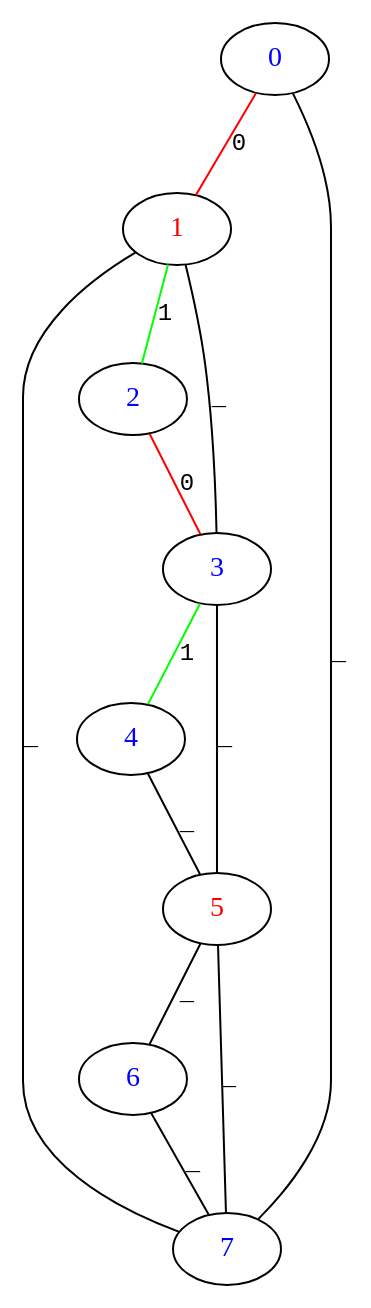
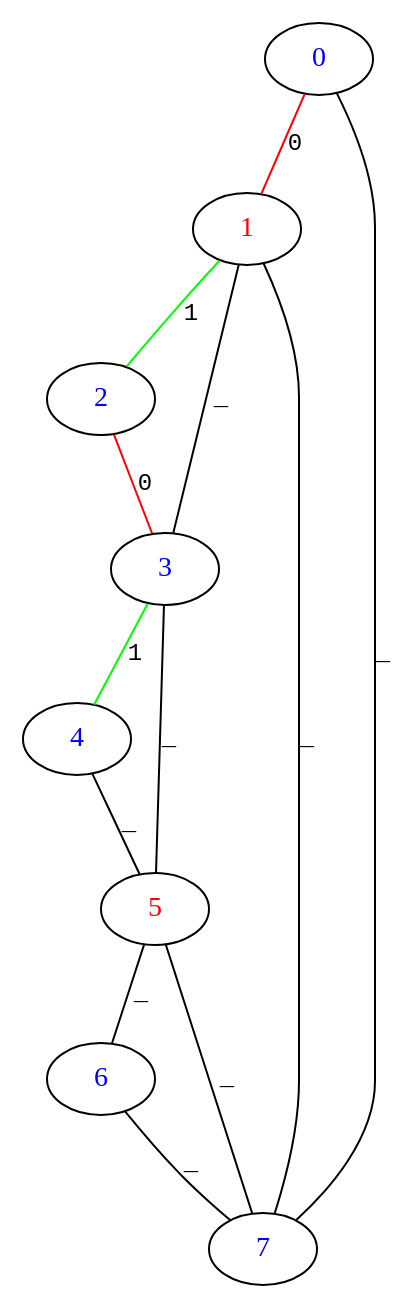
Before and after one commit to icfpc-dniwe/icfpc2017: the diagram in puntvis/puntvis/deploy/sample.txt-graphviz/3.dot, drawn with Graphviz. The commit also changed 58 other files, not shown here.

```diff
--- a/puntvis/puntvis/deploy/sample.txt-graphviz/3.dot
+++ b/puntvis/puntvis/deploy/sample.txt-graphviz/3.dot
@@ -1,22 +1,22 @@
 graph G {
-0 [fontcolor="#0000FFFF", label="4"];
-1 [fontcolor="#FF0000FF", label="1"];
-2 [fontcolor="#0000FFFF", label="3"];
-3 [fontcolor="#0000FFFF", label="6"];
-4 [fontcolor="#FF0000FF", label="5"];
-5 [fontcolor="#0000FFFF", label="0"];
-6 [fontcolor="#0000FFFF", label="7"];
-7 [fontcolor="#0000FFFF", label="2"];
-2 -- 0 [ color="#00FF00FF", label="1", fontname="Courier New",  fontsize=12];
-0 -- 4 [ label="_", fontname="Courier New",  fontsize=12];
-5 -- 1 [ color="#FF0000FF", label="0", fontname="Courier New",  fontsize=12];
-1 -- 2 [ label="_", fontname="Courier New",  fontsize=12];
-1 -- 6 [ label="_", fontname="Courier New",  fontsize=12];
-1 -- 7 [ color="#00FF00FF", label="1", fontname="Courier New",  fontsize=12];
-7 -- 2 [ color="#FF0000FF", label="0", fontname="Courier New",  fontsize=12];
-2 -- 4 [ label="_", fontname="Courier New",  fontsize=12];
-4 -- 3 [ label="_", fontname="Courier New",  fontsize=12];
-3 -- 6 [ label="_", fontname="Courier New",  fontsize=12];
-4 -- 6 [ label="_", fontname="Courier New",  fontsize=12];
-5 -- 6 [ label="_", fontname="Courier New",  fontsize=12];
+0 [fontcolor="#0000FFFF" label="0" pos="0,0!"];
+1 [fontcolor="#FF0000FF" label="1" pos="1,0!"];
+2 [fontcolor="#0000FFFF" label="2" pos="2,0!"];
+3 [fontcolor="#0000FFFF" label="3" pos="2,-1!"];
+4 [fontcolor="#0000FFFF" label="4" pos="2,-2!"];
+5 [fontcolor="#FF0000FF" label="5" pos="1,-2!"];
+6 [fontcolor="#0000FFFF" label="6" pos="0,-2!"];
+7 [fontcolor="#0000FFFF" label="7" pos="0,-1!"];
+3 -- 4 [fontname="Courier New" fontsize="12" label="1" color="#00FF00FF"];
+0 -- 1 [fontname="Courier New" fontsize="12" label="0" color="#FF0000FF"];
+2 -- 3 [fontname="Courier New" fontsize="12" label="0" color="#FF0000FF"];
+1 -- 3 [fontname="Courier New" fontsize="12" label="_" color="#000000FF"];
+5 -- 6 [fontname="Courier New" fontsize="12" label="_" color="#000000FF"];
+4 -- 5 [fontname="Courier New" fontsize="12" label="_" color="#000000FF"];
+3 -- 5 [fontname="Courier New" fontsize="12" label="_" color="#000000FF"];
+6 -- 7 [fontname="Courier New" fontsize="12" label="_" color="#000000FF"];
+5 -- 7 [fontname="Courier New" fontsize="12" label="_" color="#000000FF"];
+1 -- 7 [fontname="Courier New" fontsize="12" label="_" color="#000000FF"];
+0 -- 7 [fontname="Courier New" fontsize="12" label="_" color="#000000FF"];
+1 -- 2 [fontname="Courier New" fontsize="12" label="1" color="#00FF00FF"];
 }
```
